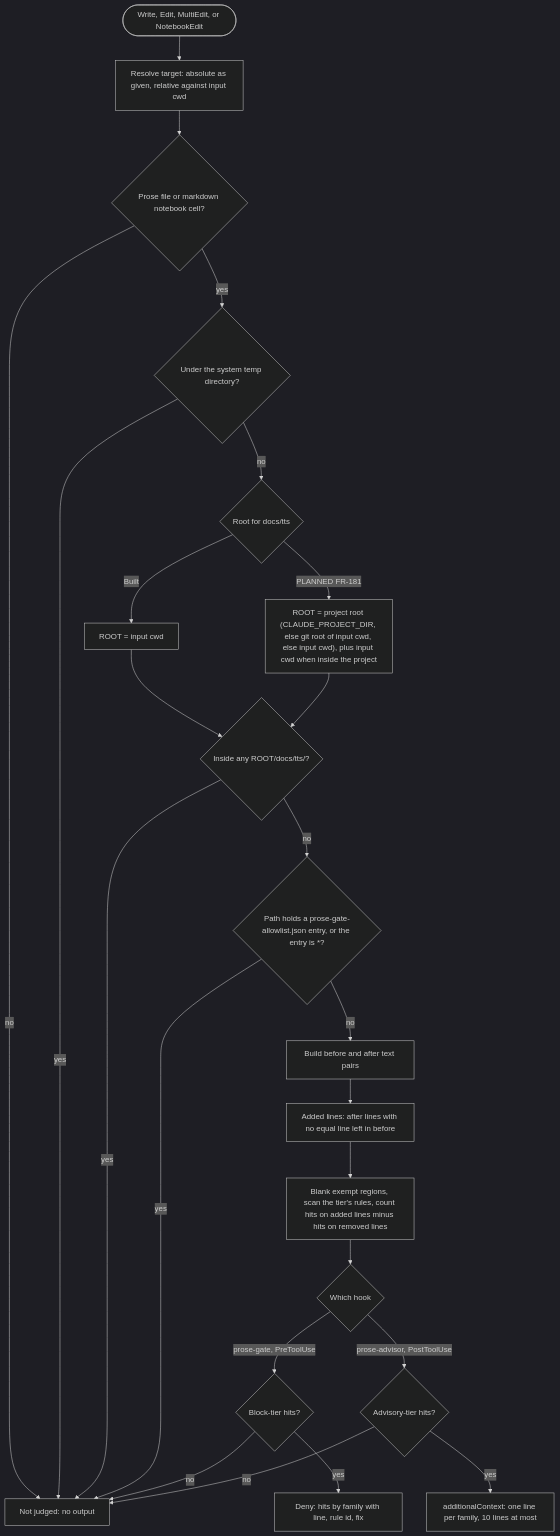
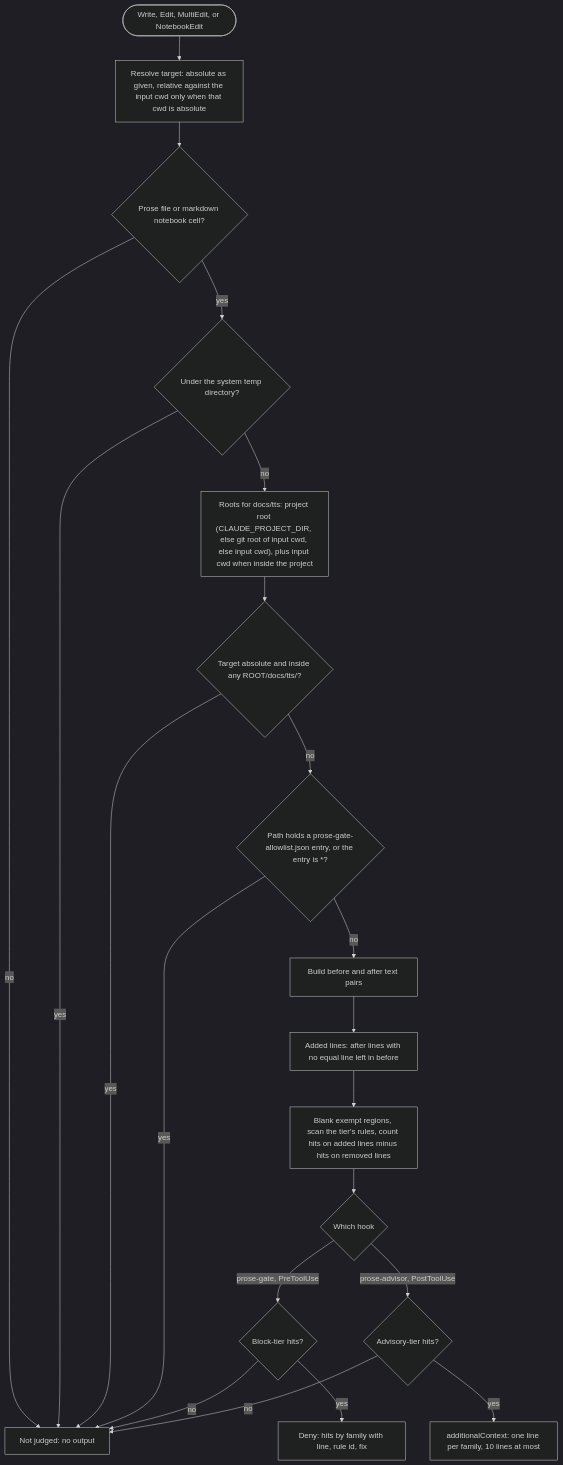
Before and after one commit to tjmonsi/assist-marketplace-plugin: the diagram in specs/spec-hooks-prose-hooks-flow.mmd, drawn with Mermaid (dark theme). The commit also changed 60 other files, not shown here.

```diff
--- a/specs/spec-hooks-prose-hooks-flow.mmd
+++ b/specs/spec-hooks-prose-hooks-flow.mmd
@@ -1,24 +1,21 @@
 flowchart TD
-  S(["Write, Edit, MultiEdit, or NotebookEdit"]) --> A["Resolve target: absolute as given, relative against input cwd"]
+  S(["Write, Edit, MultiEdit, or NotebookEdit"]) --> A["Resolve target: absolute as given, relative against the input cwd only when that cwd is absolute"]
   A --> B{"Prose file or markdown notebook cell?"}
   B -->|no| NONE["Not judged: no output"]
   B -->|yes| C{"Under the system temp directory?"}
   C -->|yes| NONE
-  C -->|no| R{"Root for docs/tts"}
-  R -->|"Built"| R1["ROOT = input cwd"]
-  R -->|"PLANNED FR-181"| R2["ROOT = project root (CLAUDE_PROJECT_DIR, else git root of input cwd, else input cwd), plus input cwd when inside the project"]
-  R1 --> D{"Inside any ROOT/docs/tts/?"}
-  R2 --> D
+  C -->|no| R2["Roots for docs/tts: project root (CLAUDE_PROJECT_DIR, else git root of input cwd, else input cwd), plus input cwd when inside the project"]
+  R2 --> D{"Target absolute and inside any ROOT/docs/tts/?"}
   D -->|yes| NONE
   D -->|no| E{"Path holds a prose-gate-allowlist.json entry, or the entry is *?"}
   E -->|yes| NONE
   E -->|no| F["Build before and after text pairs"]
   F --> G["Added lines: after lines with no equal line left in before"]
   G --> H["Blank exempt regions, scan the tier's rules, count hits on added lines minus hits on removed lines"]
   H --> I{"Which hook"}
   I -->|"prose-gate, PreToolUse"| J{"Block-tier hits?"}
   J -->|yes| DENY["Deny: hits by family with line, rule id, fix"]
   J -->|no| NONE
   I -->|"prose-advisor, PostToolUse"| K{"Advisory-tier hits?"}
   K -->|yes| ADV["additionalContext: one line per family, 10 lines at most"]
   K -->|no| NONE
```
